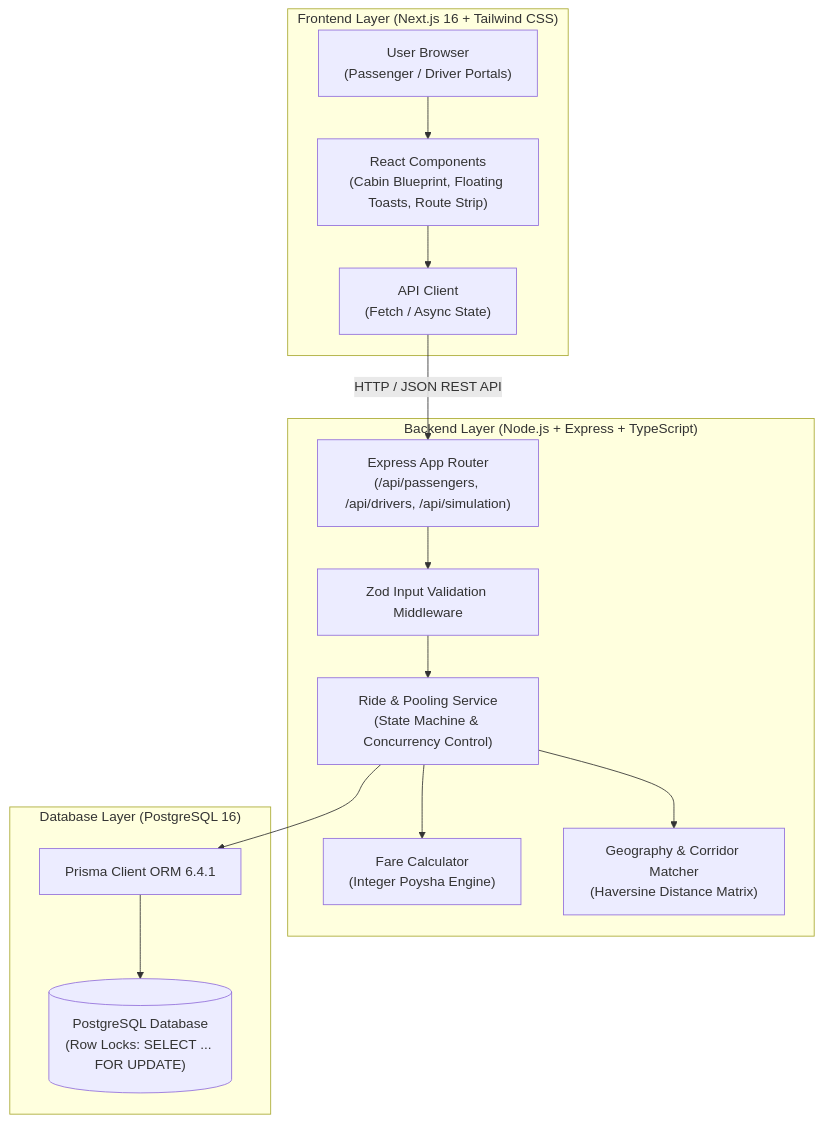
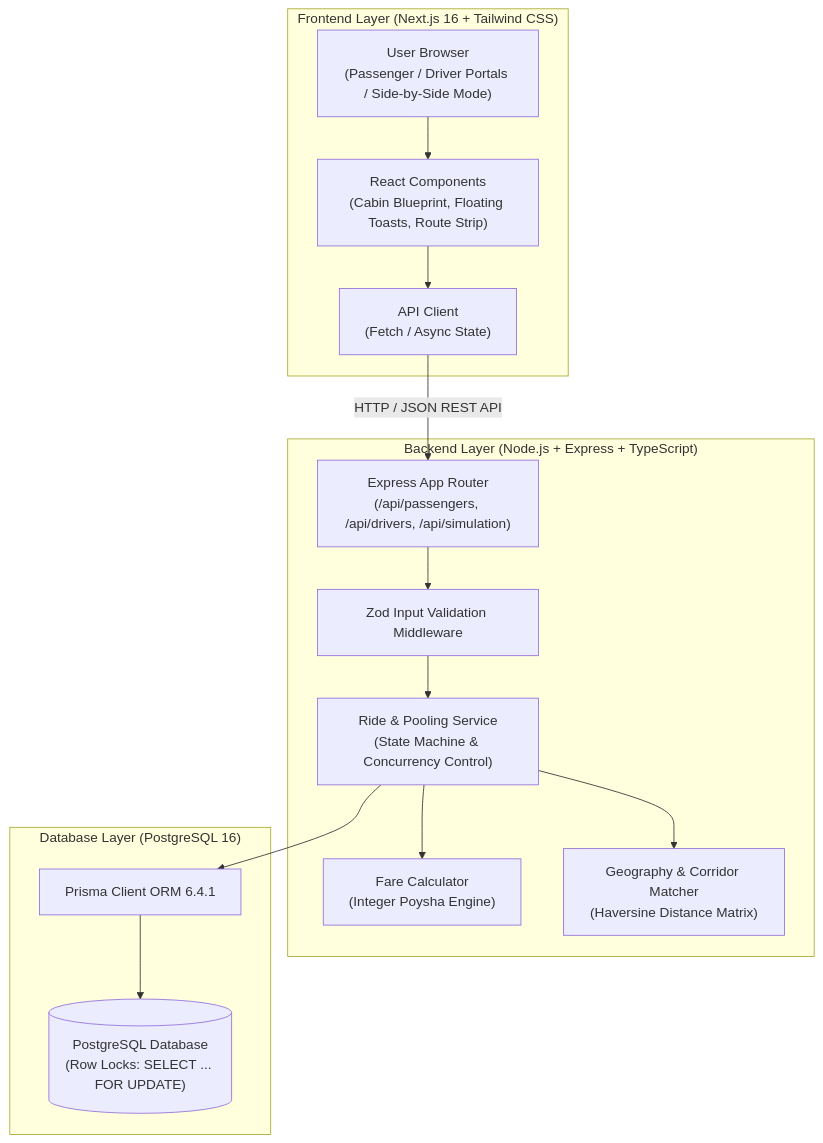
The first of 3 diagrams in README.md (kamrul397/dhaka-tesla-pooling-mvp), drawn with Mermaid before and after one commit. The commit also changed other lines of this file and 5 other files, not shown here.

Commit message:
feat(core): add side-by-side demo mode, story availability lifecycle, and update documentation

````diff
--- a/README.md
+++ b/README.md
@@ -49,31 +70,31 @@
 ```mermaid
 flowchart TD
     subgraph Client["Frontend Layer (Next.js 16 + Tailwind CSS)"]
-        Browser["User Browser<br>(Passenger / Driver Portals)"]
+        Browser["User Browser<br>(Passenger / Driver Portals / Side-by-Side Mode)"]
         UIComponents["React Components<br>(Cabin Blueprint, Floating Toasts, Route Strip)"]
         APIClient["API Client<br>(Fetch / Async State)"]
     end
 
     subgraph Server["Backend Layer (Node.js + Express + TypeScript)"]
         Router["Express App Router<br>(/api/passengers, /api/drivers, /api/simulation)"]
         Validation["Zod Input Validation Middleware"]
         RideService["Ride & Pooling Service<br>(State Machine & Concurrency Control)"]
         FareService["Fare Calculator<br>(Integer Poysha Engine)"]
         GeographyService["Geography & Corridor Matcher<br>(Haversine Distance Matrix)"]
     end
 
     subgraph Data["Database Layer (PostgreSQL 16)"]
         PrismaORM["Prisma Client ORM 6.4.1"]
         PostgresDB[("PostgreSQL Database<br>(Row Locks: SELECT ... FOR UPDATE)")]
     end
 
     Browser --> UIComponents
     UIComponents --> APIClient
     APIClient -->|HTTP / JSON REST API| Router
     Router --> Validation
     Validation --> RideService
     RideService --> FareService
     RideService --> GeographyService
     RideService --> PrismaORM
     PrismaORM --> PostgresDB
 ```
````
